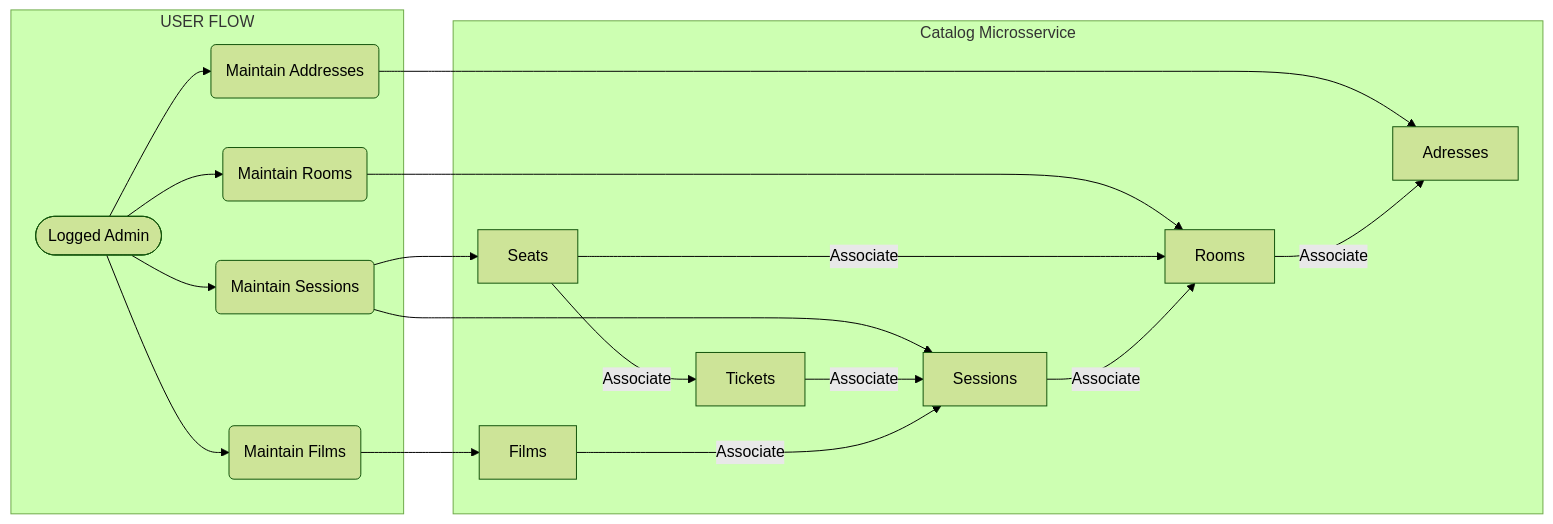
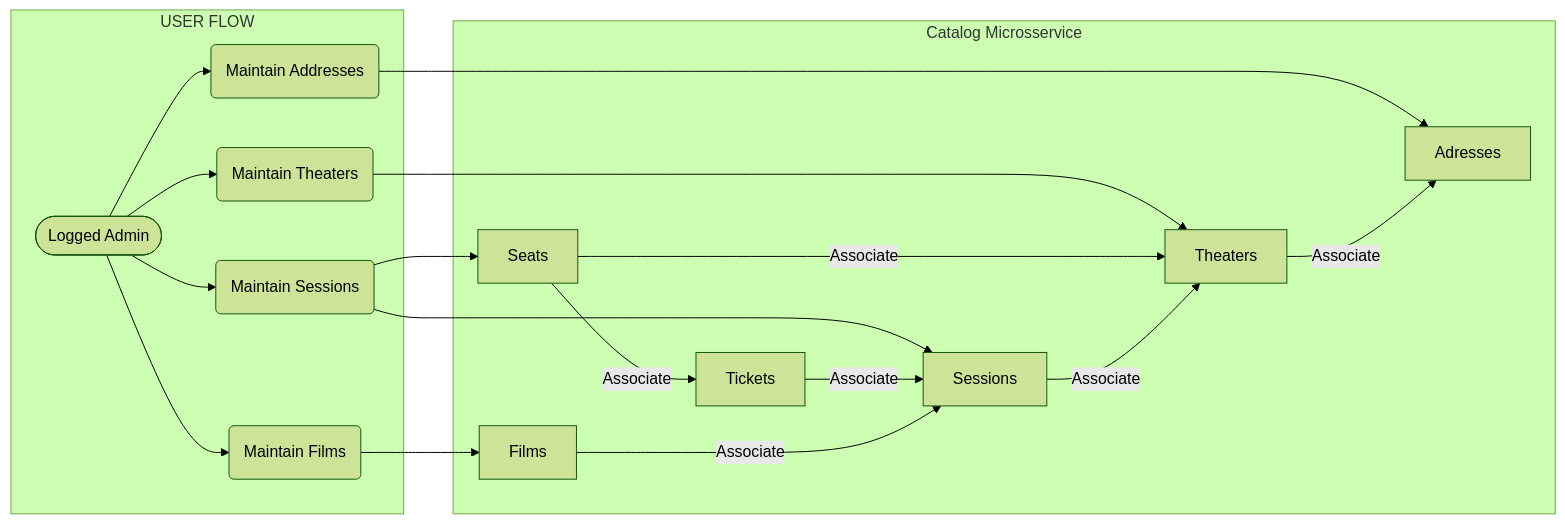
The first of 2 diagrams in README.md (jtonynet/cine-catalogo), drawn with Mermaid (forest theme) before and after one commit. The commit also changed other lines of this file, not shown here.

````diff
--- a/README.md
+++ b/README.md
@@ -115,27 +116,27 @@
 ```mermaid
 graph LR
   subgraph USER FLOW
     F([Logged Admin])
     F --> MAD(Maintain Addresses)
     F --> MFI(Maintain Films)
     F --> MSE(Maintain Sessions)
-    F --> MRO(Maintain Rooms)
+    F --> MRO(Maintain Theaters)
   end
 
   subgraph Catalog Microsservice
     TIC[Tickets]
     MFI --> FIL[Films]
-    MRO --> ROO[Rooms]
+    MRO --> ROO[Theaters]
     MSE --> SEA[Seats]
     MAD --> ADR[Adresses]
     MSE --> SES[Sessions]
   end
 
   %% Create associations between steps
     TIC -->|Associate| SES
     SEA -->|Associate| TIC
     SEA -->|Associate| ROO
     ROO -->|Associate| ADR
     FIL -->|Associate| SES
     SES -->|Associate| ROO
 ```
````
